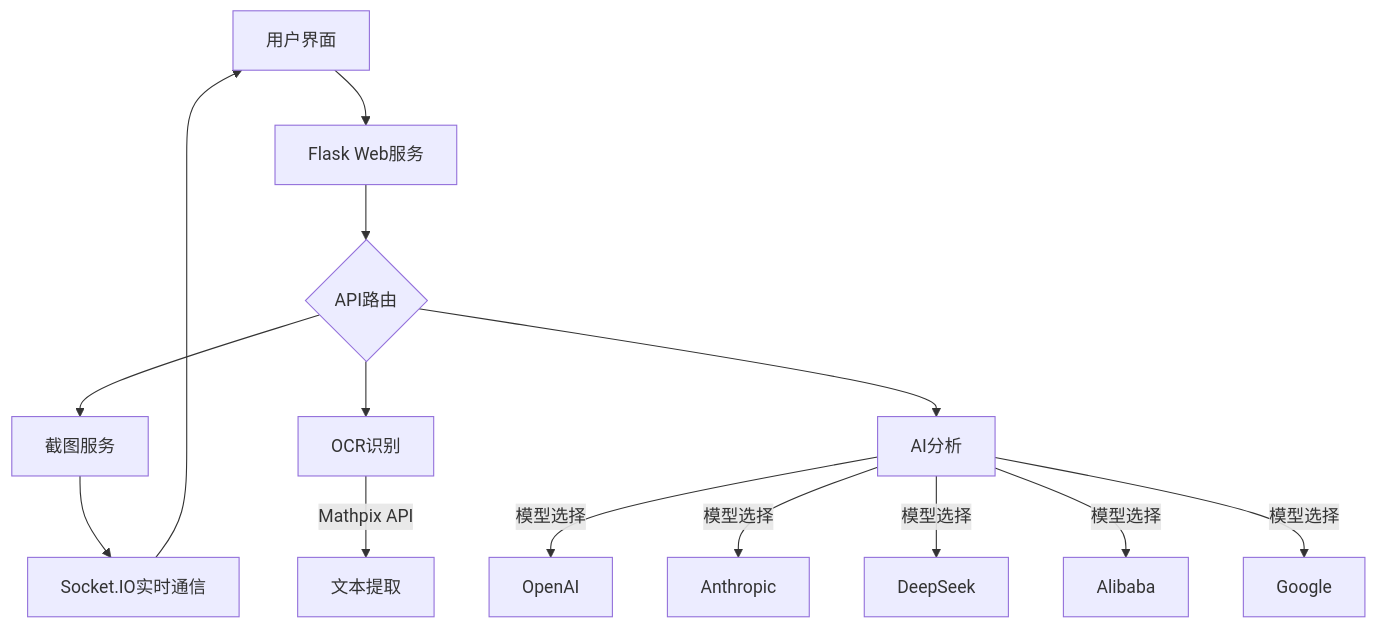
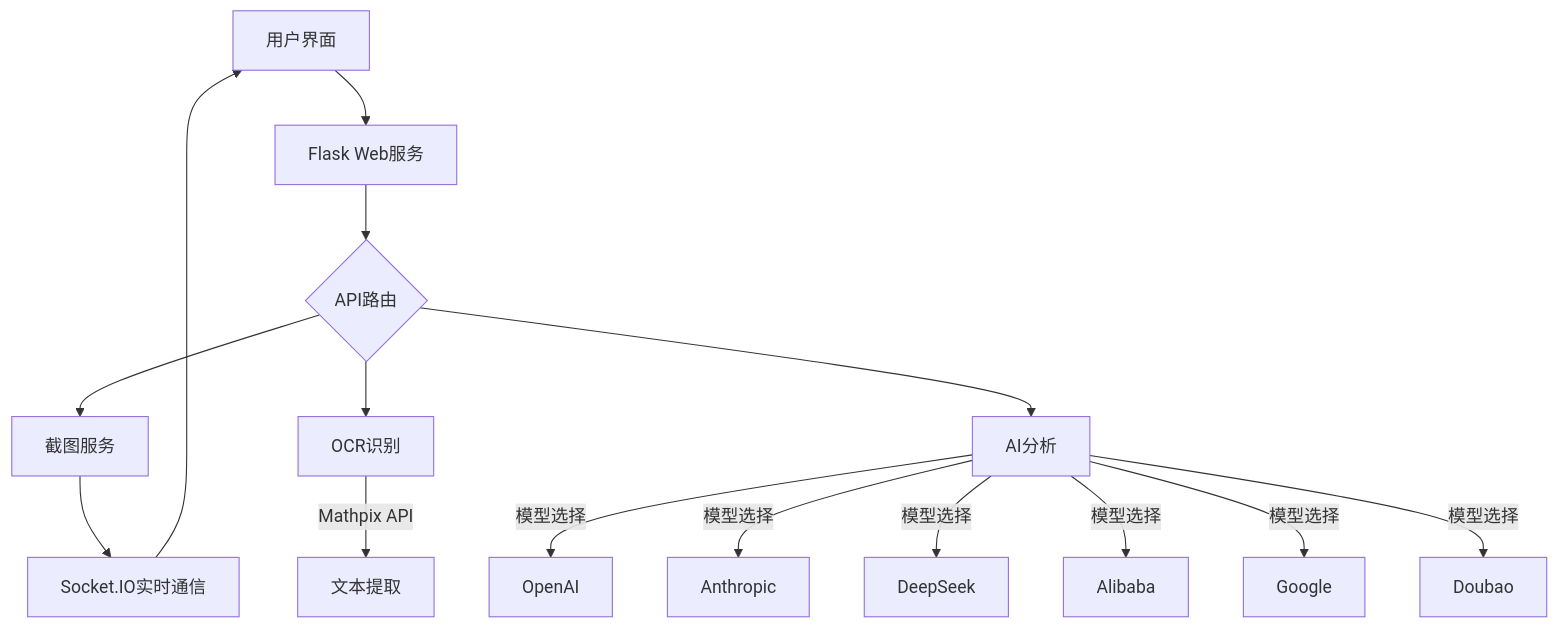
The diagram in README.md (Zippland/Snap-Solver), drawn with Mermaid before and after one commit. The commit also changed other lines of this file, not shown here.

Commit message:
docs: update README with Doubao model and clean up content

````diff
--- a/README.md
+++ b/README.md
@@ -56,16 +56,17 @@
 ```mermaid
 graph TD
     A[用户界面] --> B[Flask Web服务]
     B --> C{API路由}
     C --> D[截图服务]
     C --> E[OCR识别]
     C --> F[AI分析]
     E --> |Mathpix API| G[文本提取]
     F --> |模型选择| H1[OpenAI]
     F --> |模型选择| H2[Anthropic]
     F --> |模型选择| H3[DeepSeek]
     F --> |模型选择| H4[Alibaba]
     F --> |模型选择| H5[Google]
+    F --> |模型选择| H6[Doubao]
     D --> I[Socket.IO实时通信]
     I --> A
 ```
````
